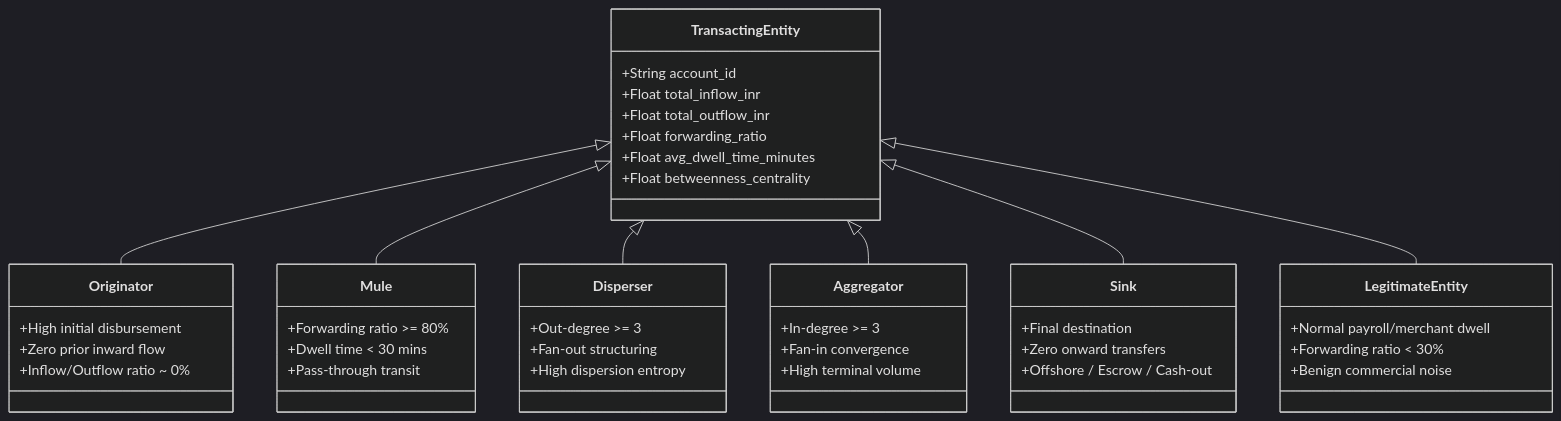
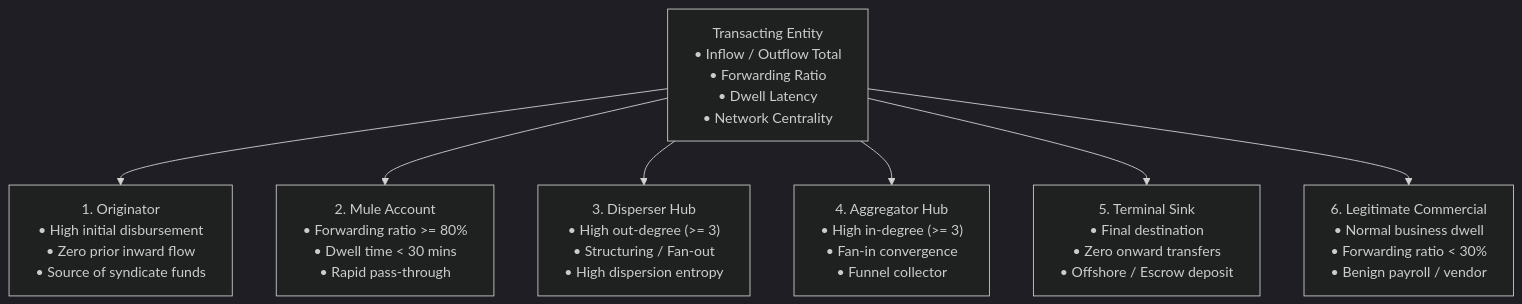
Before and after one commit to anguabishek17/Jarvis-AML: the second of 2 diagrams in README.md, drawn with Mermaid (dark theme). The commit also changed other lines of this file, not shown here.

Commit message:
fix(docs): optimize Mermaid flowcharts and entity taxonomy diagrams for GitHub rich display rendering

````diff
--- a/README.md
+++ b/README.md
@@ -102,48 +88,11 @@
 ```mermaid
-classDiagram
-    class TransactingEntity {
-        +String account_id
-        +Float total_inflow_inr
-        +Float total_outflow_inr
-        +Float forwarding_ratio
-        +Float avg_dwell_time_minutes
-        +Float betweenness_centrality
-    }
-    class Originator {
-        +High initial disbursement
-        +Zero prior inward flow
-        +Inflow/Outflow ratio ~ 0%
-    }
-    class Mule {
-        +Forwarding ratio >= 80%
-        +Dwell time < 30 mins
-        +Pass-through transit
-    }
-    class Disperser {
-        +Out-degree >= 3
-        +Fan-out structuring
-        +High dispersion entropy
-    }
-    class Aggregator {
-        +In-degree >= 3
-        +Fan-in convergence
-        +High terminal volume
-    }
-    class Sink {
-        +Final destination
-        +Zero onward transfers
-        +Offshore / Escrow / Cash-out
-    }
-    class LegitimateEntity {
-        +Normal payroll/merchant dwell
-        +Forwarding ratio < 30%
-        +Benign commercial noise
-    }
-
-    TransactingEntity <|-- Originator
-    TransactingEntity <|-- Mule
-    TransactingEntity <|-- Disperser
-    TransactingEntity <|-- Aggregator
-    TransactingEntity <|-- Sink
-    TransactingEntity <|-- LegitimateEntity
+graph TD
+    TE["Transacting Entity<br/>• Inflow / Outflow Total<br/>• Forwarding Ratio<br/>• Dwell Latency<br/>• Network Centrality"]
+    
+    TE --> ORG["1. Originator<br/>• High initial disbursement<br/>• Zero prior inward flow<br/>• Source of syndicate funds"]
+    TE --> MUL["2. Mule Account<br/>• Forwarding ratio >= 80%<br/>• Dwell time < 30 mins<br/>• Rapid pass-through"]
+    TE --> DIS["3. Disperser Hub<br/>• High out-degree (>= 3)<br/>• Structuring / Fan-out<br/>• High dispersion entropy"]
+    TE --> AGR["4. Aggregator Hub<br/>• High in-degree (>= 3)<br/>• Fan-in convergence<br/>• Funnel collector"]
+    TE --> SNK["5. Terminal Sink<br/>• Final destination<br/>• Zero onward transfers<br/>• Offshore / Escrow deposit"]
+    TE --> LEG["6. Legitimate Commercial<br/>• Normal business dwell<br/>• Forwarding ratio < 30%<br/>• Benign payroll / vendor"]
 ```
````
